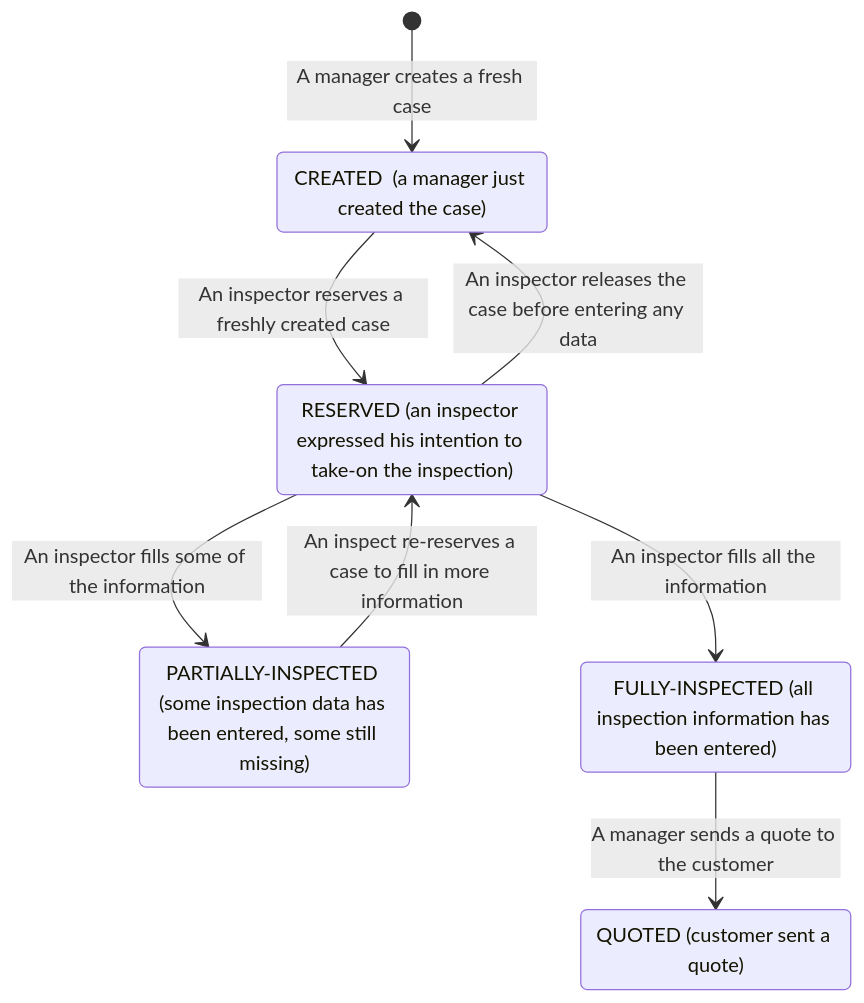
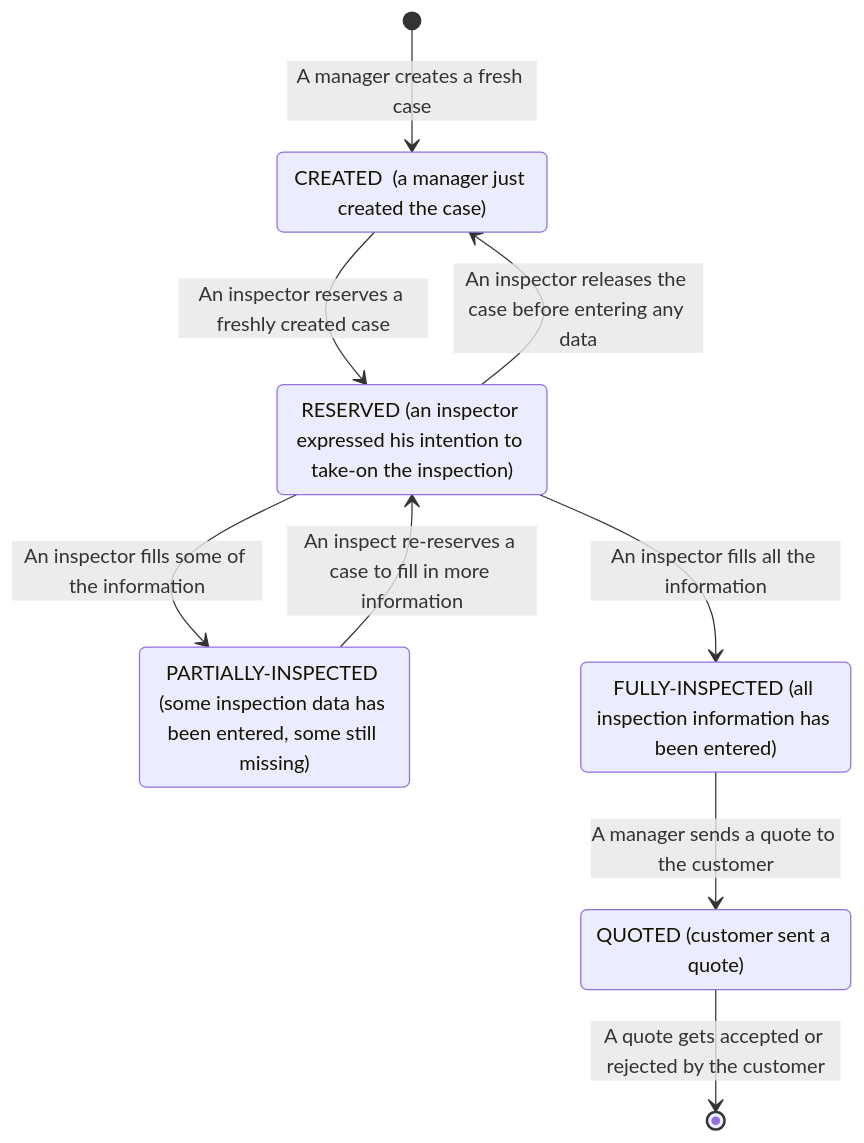
Before and after one commit to WildCodeSchool/2022-07-EN-Berlin-Remote1-Project3Planning: the second of 2 diagrams in README.md, drawn with Mermaid.

````diff
--- a/README.md
+++ b/README.md
@@ -40,16 +40,17 @@
 ```mermaid
 stateDiagram-v2
     state "CREATED  (a manager just created the case)" as created
     state "RESERVED (an inspector expressed his intention to take-on the inspection)" as reserved
     state "PARTIALLY-INSPECTED (some inspection data has been entered, some still missing)" as partial
     state "FULLY-INSPECTED (all inspection information has been entered)" as full
     state "QUOTED (customer sent a quote)" as quoted
     
     [*] --> created: A manager creates a fresh case
     created --> reserved: An inspector reserves a freshly created case
     reserved --> created: An inspector releases the case before entering any data
     reserved --> full: An inspector fills all the information
     reserved --> partial: An inspector fills some of the information
     partial --> reserved: An inspect re-reserves a case to fill in more information
     full --> quoted: A manager sends a quote to the customer
+    quoted --> [*]: A quote gets accepted or rejected by the customer
 ```
````
